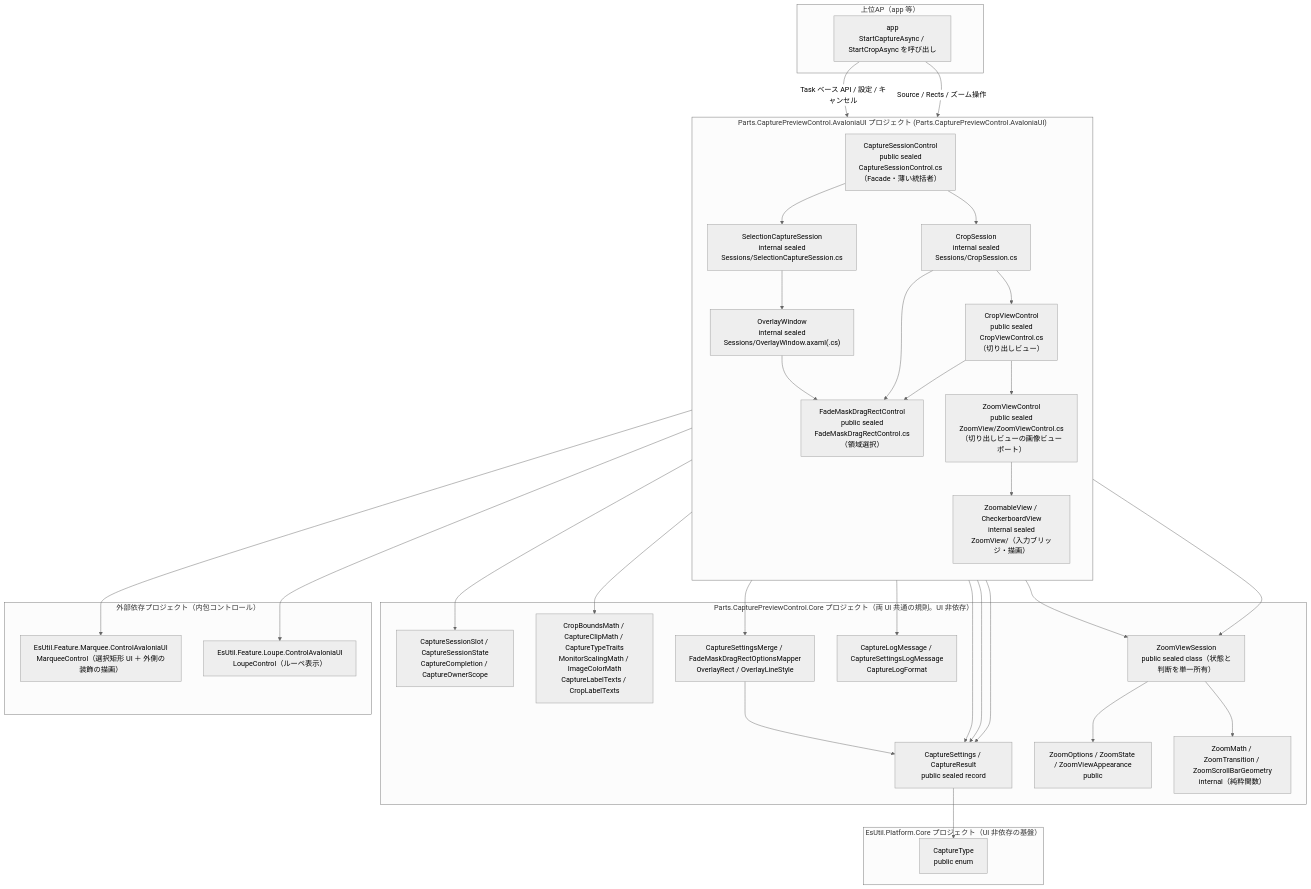
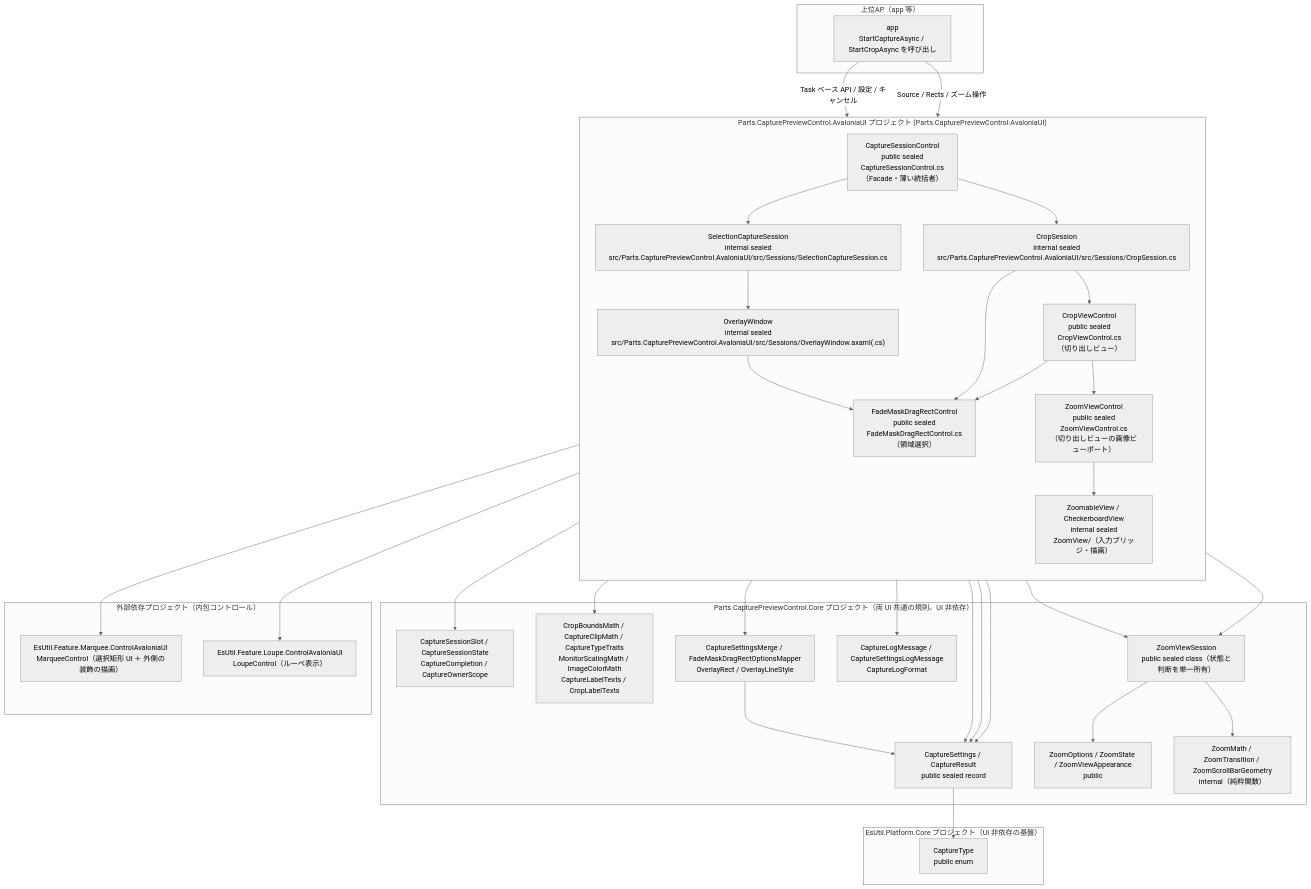
One commit to tomokuni/SaveEvidence changed the first of 2 diagrams in src/Parts.CapturePreviewControl.AvaloniaUI/docs/SPEC_System.md. Above: the diagram before and after it, drawn with Mermaid (neutral theme). The commit also changed 216 other files, not shown here.

````diff
--- a/src/Parts.CapturePreviewControl.AvaloniaUI/docs/SPEC_System.md
+++ b/src/Parts.CapturePreviewControl.AvaloniaUI/docs/SPEC_System.md
@@ -98,61 +98,61 @@
 ```mermaid
 flowchart TB
     subgraph Host["上位AP（app 等）"]
         AP["app<br/>StartCaptureAsync / StartCropAsync を呼び出し"]
     end
     subgraph SC["Parts.CapturePreviewControl.AvaloniaUI プロジェクト (Parts.CapturePreviewControl.AvaloniaUI)"]
         direction TB
         Fac["CaptureSessionControl<br/>public sealed<br/>CaptureSessionControl.cs<br/>（Facade・薄い統括者）"]
-        CS["SelectionCaptureSession<br/>internal sealed<br/>Sessions/SelectionCaptureSession.cs"]
-        CrS["CropSession<br/>internal sealed<br/>Sessions/CropSession.cs"]
-        OW["OverlayWindow<br/>internal sealed<br/>Sessions/OverlayWindow.axaml(.cs)"]
+        CS["SelectionCaptureSession<br/>internal sealed<br/>src/Parts.CapturePreviewControl.AvaloniaUI/src/Sessions/SelectionCaptureSession.cs"]
+        CrS["CropSession<br/>internal sealed<br/>src/Parts.CapturePreviewControl.AvaloniaUI/src/Sessions/CropSession.cs"]
+        OW["OverlayWindow<br/>internal sealed<br/>src/Parts.CapturePreviewControl.AvaloniaUI/src/Sessions/OverlayWindow.axaml(.cs)"]
         CV["CropViewControl<br/>public sealed<br/>CropViewControl.cs<br/>（切り出しビュー）"]
         FDR["FadeMaskDragRectControl<br/>public sealed<br/>FadeMaskDragRectControl.cs<br/>（領域選択）"]
-        ZVW["ZoomViewControl<br/>public sealed<br/>ZoomView/ZoomViewControl.cs<br/>（切り出しビューの画像ビューポート）"]
+        ZVW["ZoomViewControl<br/>public sealed<br/>ZoomViewControl.cs<br/>（切り出しビューの画像ビューポート）"]
         ZVB["ZoomableView / CheckerboardView<br/>internal sealed<br/>ZoomView/（入力ブリッジ・描画）"]
     end
     subgraph Core["Parts.CapturePreviewControl.Core プロジェクト（両 UI 共通の規則。UI 非依存）"]
         CS2["CaptureSettings / CaptureResult<br/>public sealed record"]
         Sl["CaptureSessionSlot / CaptureSessionState<br/>CaptureCompletion / CaptureOwnerScope"]
         Math["CropBoundsMath / CaptureClipMath / CaptureTypeTraits<br/>MonitorScalingMath / ImageColorMath<br/>CaptureLabelTexts / CropLabelTexts"]
         Mg["CaptureSettingsMerge / FadeMaskDragRectOptionsMapper<br/>OverlayRect / OverlayLineStyle"]
         Log["CaptureLogMessage / CaptureSettingsLogMessage<br/>CaptureLogFormat"]
         ZS["ZoomViewSession<br/>public sealed class（状態と判断を単一所有）"]
         ZC["ZoomOptions / ZoomState / ZoomViewAppearance<br/>public"]
         ZT["ZoomMath / ZoomTransition / ZoomScrollBarGeometry<br/>internal（純粋関数）"]
     end
     subgraph PC["EsUtil.Platform.Core プロジェクト（UI 非依存の基盤）"]
         Ct["CaptureType<br/>public enum"]
     end
     subgraph Dep["外部依存プロジェクト（内包コントロール）"]
         DR["EsUtil.Feature.Marquee.ControlAvaloniaUI<br/>MarqueeControl（選択矩形 UI ＋ 外側の装飾の描画）"]
         LP["EsUtil.Feature.Loupe.ControlAvaloniaUI<br/>LoupeControl（ルーペ表示）"]
     end
 
     AP -->|"Task ベース API / 設定 / キャンセル"| Fac
     AP -->|"Source / Rects / ズーム操作"| CV
     Fac --> CS
     Fac --> CrS
     Fac --> Sl
     Fac --> Mg
     CS --> OW
     CS --> Log
     CS --> Math
     CrS --> CV
     OW --> FDR
     CrS --> FDR
     CV --> FDR
     CV --> ZVW
     ZVW --> ZVB
     ZVW --> ZS
     ZVB --> ZS
     ZS --> ZC
     ZS --> ZT
     FDR --> DR
     FDR --> LP
     Fac --> CS2
     CS --> CS2
     CrS --> CS2
     Mg --> CS2
     CS2 --> Ct
 ```
````
